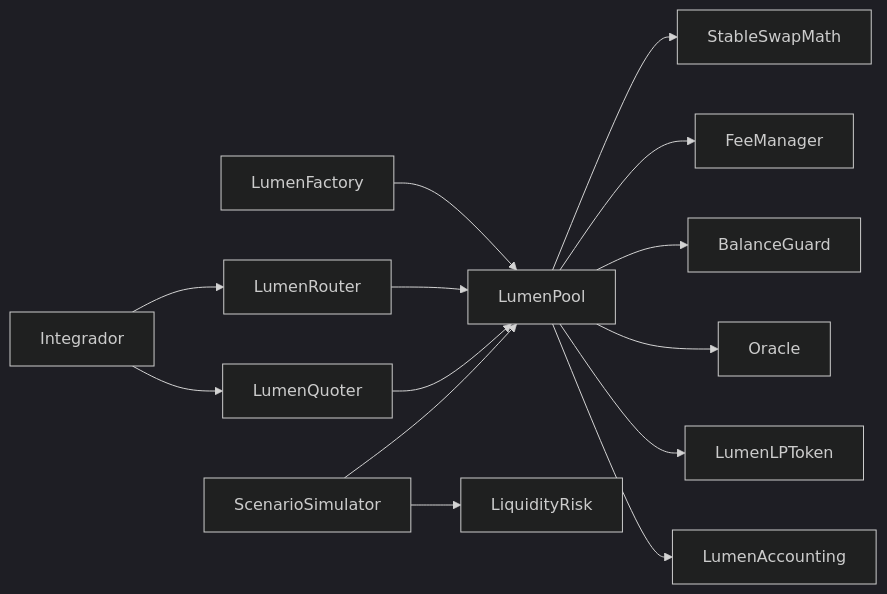
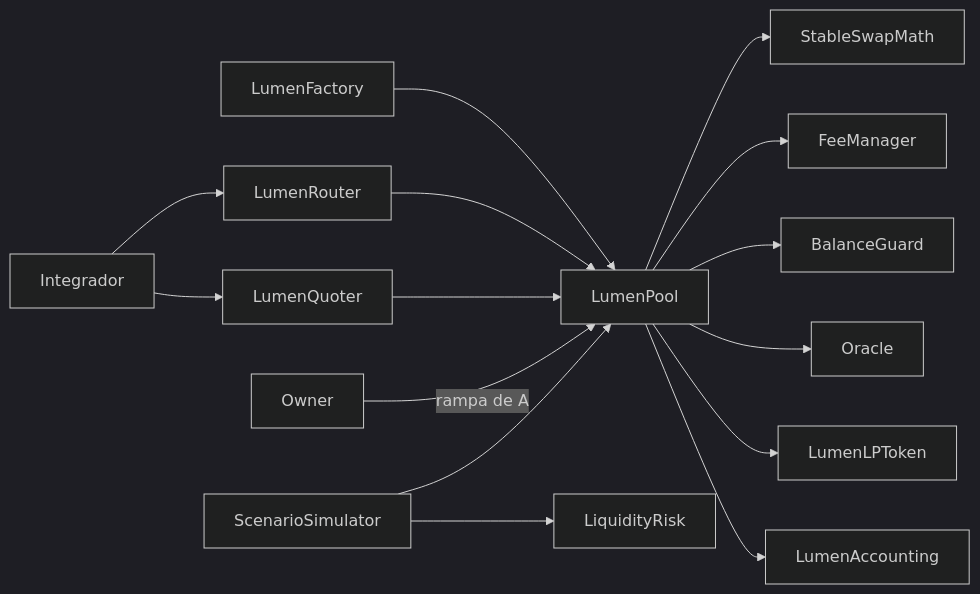
One commit to SolguardLabs/LumenSwapProtocol changed the first of 2 diagrams in README.md. Above: the diagram before and after it, drawn with Mermaid (dark theme). The commit also changed other lines of this file and 13 other files, not shown here.

````diff
--- a/README.md
+++ b/README.md
@@ -24,16 +25,17 @@
 ```mermaid
 flowchart LR
     U[Integrador] --> R[LumenRouter]
     U --> Q[LumenQuoter]
     F[LumenFactory] --> P[LumenPool]
     R --> P
     Q --> P
     P --> M[StableSwapMath]
     P --> FM[FeeManager]
     P --> BG[BalanceGuard]
     P --> O[Oracle]
     P --> LP[LumenLPToken]
     P --> A[LumenAccounting]
+    GOV[Owner] -->|rampa de A| P
     S[ScenarioSimulator] --> P
     S --> LR[LiquidityRisk]
 ```
````
